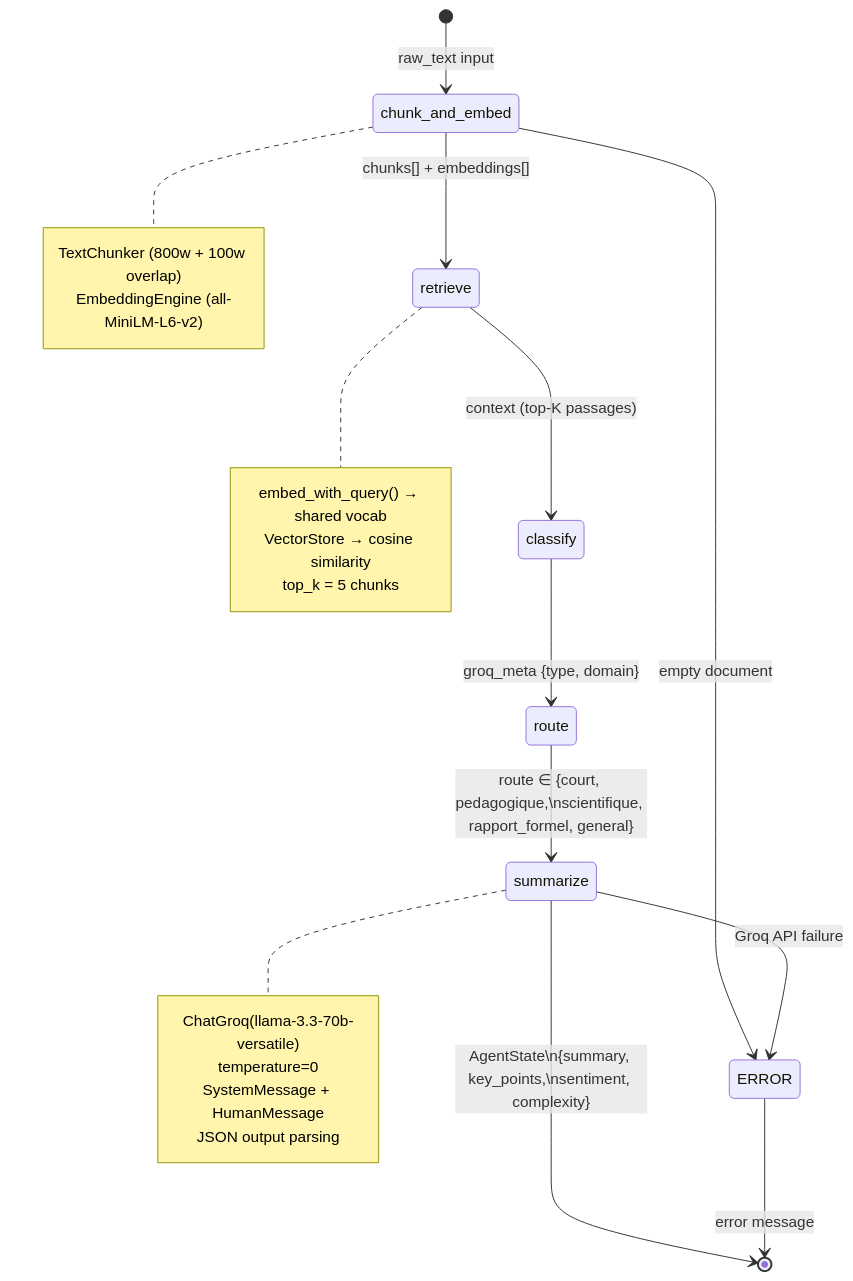
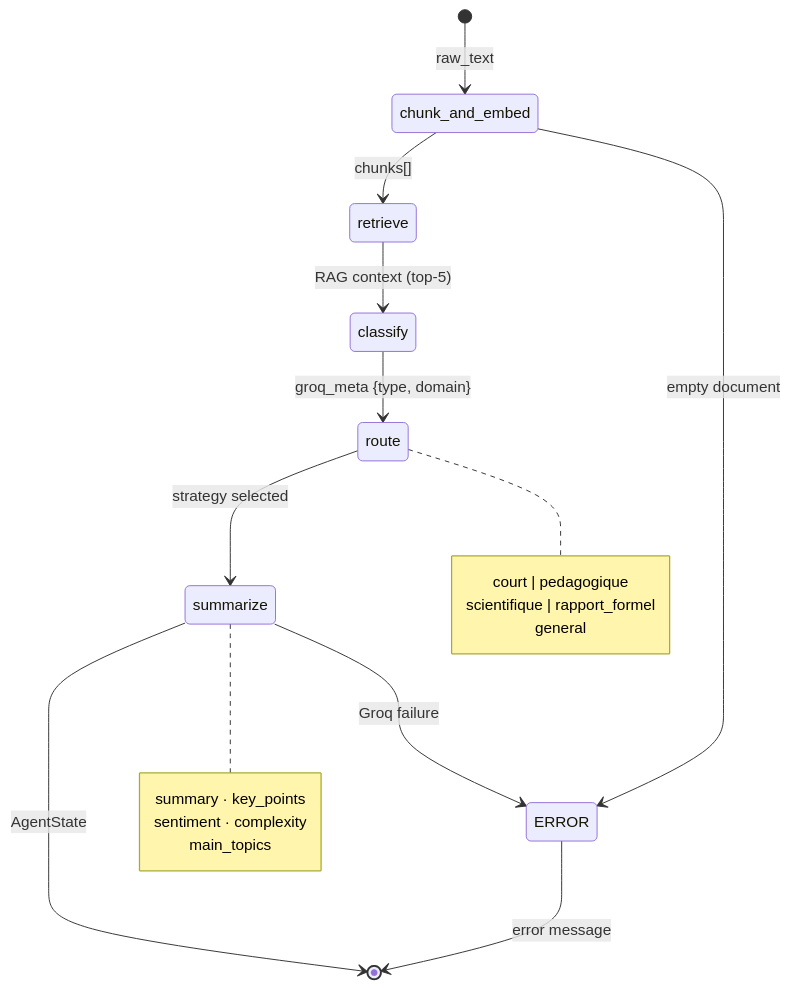
One commit to Ramadiaw12/Archify changed the third of 4 diagrams in README.md. Above: the diagram before and after it, drawn with Mermaid. The commit also changed other lines of this file, not shown here.

````diff
--- a/README.md
+++ b/README.md
@@ -225,36 +248,28 @@
 ```mermaid
 stateDiagram-v2
-    [*] --> chunk_and_embed : raw_text input
+    [*] --> chunk_and_embed : raw_text
 
-    chunk_and_embed --> retrieve : chunks[] + embeddings[]
+    chunk_and_embed --> retrieve : chunks[]
     chunk_and_embed --> ERROR : empty document
 
-    retrieve --> classify : context (top-K passages)
+    retrieve --> classify : RAG context (top-5)
 
     classify --> route : groq_meta {type, domain}
 
-    route --> summarize : route ∈ {court, pedagogique,\nscientifique, rapport_formel, general}
-
-    summarize --> [*] : AgentState\n{summary, key_points,\nsentiment, complexity}
-    summarize --> ERROR : Groq API failure
-
-    ERROR --> [*] : error message
-
-    note right of chunk_and_embed
-        TextChunker (800w + 100w overlap)
-        EmbeddingEngine (all-MiniLM-L6-v2)
+    route --> summarize : strategy selected
+    note right of route
+        court | pedagogique
+        scientifique | rapport_formel
+        general
     end note
 
-    note right of retrieve
-        embed_with_query() → shared vocab
-        VectorStore → cosine similarity
-        top_k = 5 chunks
+    summarize --> [*] : AgentState
+    note right of summarize
+        summary · key_points
+        sentiment · complexity
+        main_topics
     end note
 
-    note right of summarize
-        ChatGroq(llama-3.3-70b-versatile)
-        temperature=0
-        SystemMessage + HumanMessage
-        JSON output parsing
-    end note
+    summarize --> ERROR : Groq failure
+    ERROR --> [*] : error message
 ```
````
